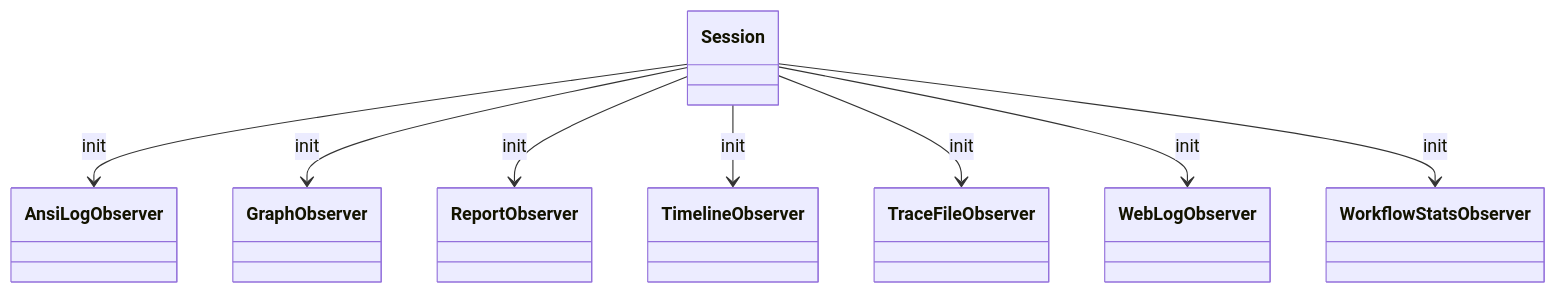
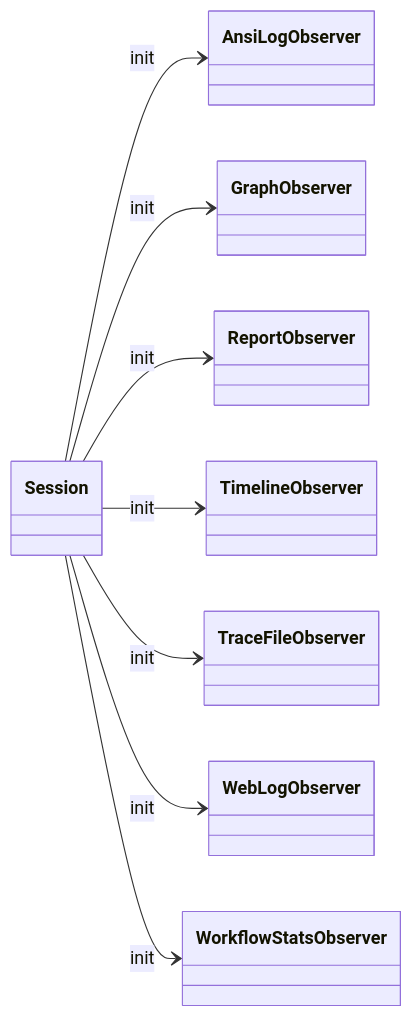
One commit to nextflow-io/nextflow changed the diagram in docs/developer/diagrams/nextflow.trace.mmd. Above: the diagram before and after it, drawn with Mermaid. The commit also changed 25 other files, not shown here.

```diff
--- a/docs/developer/diagrams/nextflow.trace.mmd
+++ b/docs/developer/diagrams/nextflow.trace.mmd
@@ -1,19 +1,22 @@
 classDiagram
     %%
     %% nextflow.trace
     %%
+    direction LR
+
+    %% TraceObserverFactory "1" --> "*" TraceObserver : create
     %% TraceObserver <|-- AnsiLogObserver
     %% TraceObserver <|-- GraphObserver
     %% TraceObserver <|-- ReportObserver
     %% TraceObserver <|-- TimelineObserver
     %% TraceObserver <|-- TraceFileObserver
     %% TraceObserver <|-- WebLogObserver
     %% TraceObserver <|-- WorkflowStatsObserver
 
     Session --> AnsiLogObserver : init
     Session --> GraphObserver : init
     Session --> ReportObserver : init
     Session --> TimelineObserver : init
     Session --> TraceFileObserver : init
     Session --> WebLogObserver : init
     Session --> WorkflowStatsObserver : init
```
